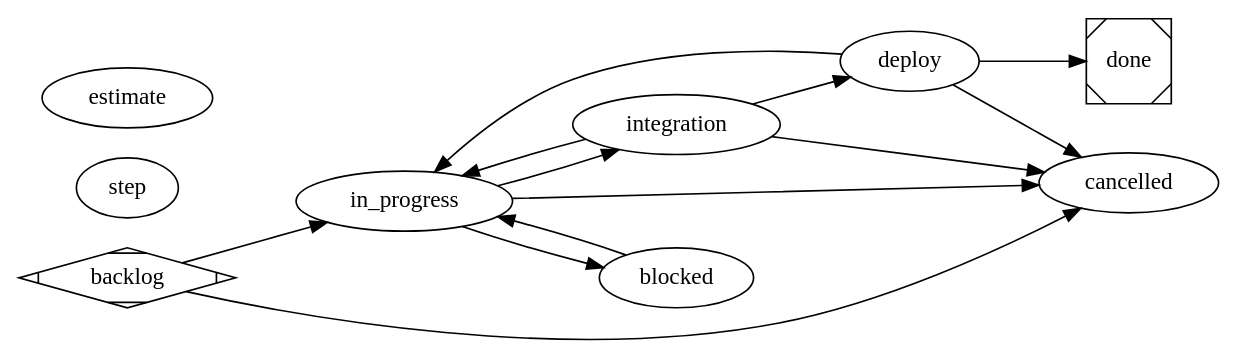
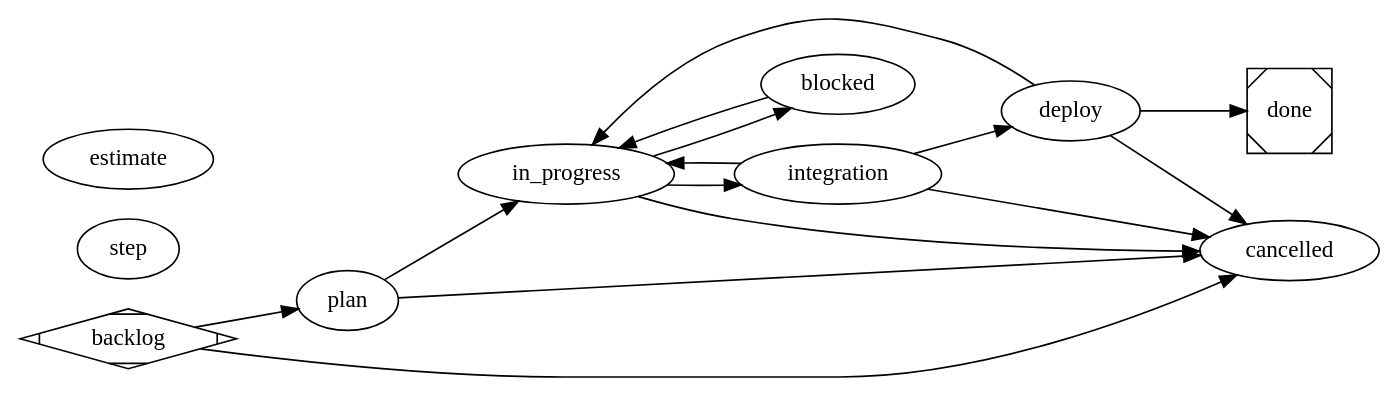
One commit to bobmcallan/portside changed the diagram in .satelle/workflows/portside-workflow.md. Above: the diagram before and after it, drawn with Graphviz. The commit also changed other lines of this file and 11 other files, not shown here.

First line of the commit message:
Add portside backend skeleton: Go Docker SDK SSR on localhost.

````diff
--- a/.satelle/workflows/portside-workflow.md
+++ b/.satelle/workflows/portside-workflow.md
@@ -33,34 +40,37 @@
 ```dot
 digraph portside_workflow {
-  graph [goal="Drive a portside story to done — implemented in-loop with tests, committed and pushed, then deployed and probed on local docker at 127.0.0.1:8888, every acceptance criterion met", vars="story"]
+  graph [goal="Drive a portside story to done — planned against the ACs, implemented in-loop with tests, committed and pushed, then deployed and probed on local docker at 127.0.0.1:8888, every acceptance criterion met", vars="story"]
   rankdir=LR
 
   backlog     [shape=Mdiamond]
+  plan        [agent=planner, prompt="@skill:plan"]        // DISPATCHED: Claude Opus planner attaches plan artifact
   in_progress [agent=executor]                             // in-loop: implement + test
   integration [agent=executor]                             // in-loop: commit + push
   deploy      [agent=executor]                             // in-loop: build image + local compose up + probe
   done        [shape=Msquare]                              // terminal
   cancelled   [agent=reviewer, prompt="@skill:satelle-story-cancel-review"]
   blocked     [agent=reviewer, prompt="@skill:satelle-story-blocked-review"]
 
   // edge-less declarations
   step        [agent=reviewer, prompt="@skill:satelle-step-summary", mandatory=true]
   estimate    [agent=reviewer, prompt="@skill:satelle-estimate-actual-review", on="in_progress,done"]
 
-  backlog     -> in_progress
+  backlog     -> plan
+  plan        -> in_progress [agent=reviewer, prompt="@skill:satelle-story-plan-review"]
   in_progress -> integration
   integration -> deploy
   deploy      -> done
 
   integration -> in_progress  // recovery
   deploy      -> in_progress  // recovery
 
   in_progress -> blocked
   blocked     -> in_progress
 
   backlog     -> cancelled
+  plan        -> cancelled
   in_progress -> cancelled
   integration -> cancelled
   deploy      -> cancelled
 }
 ```
````
